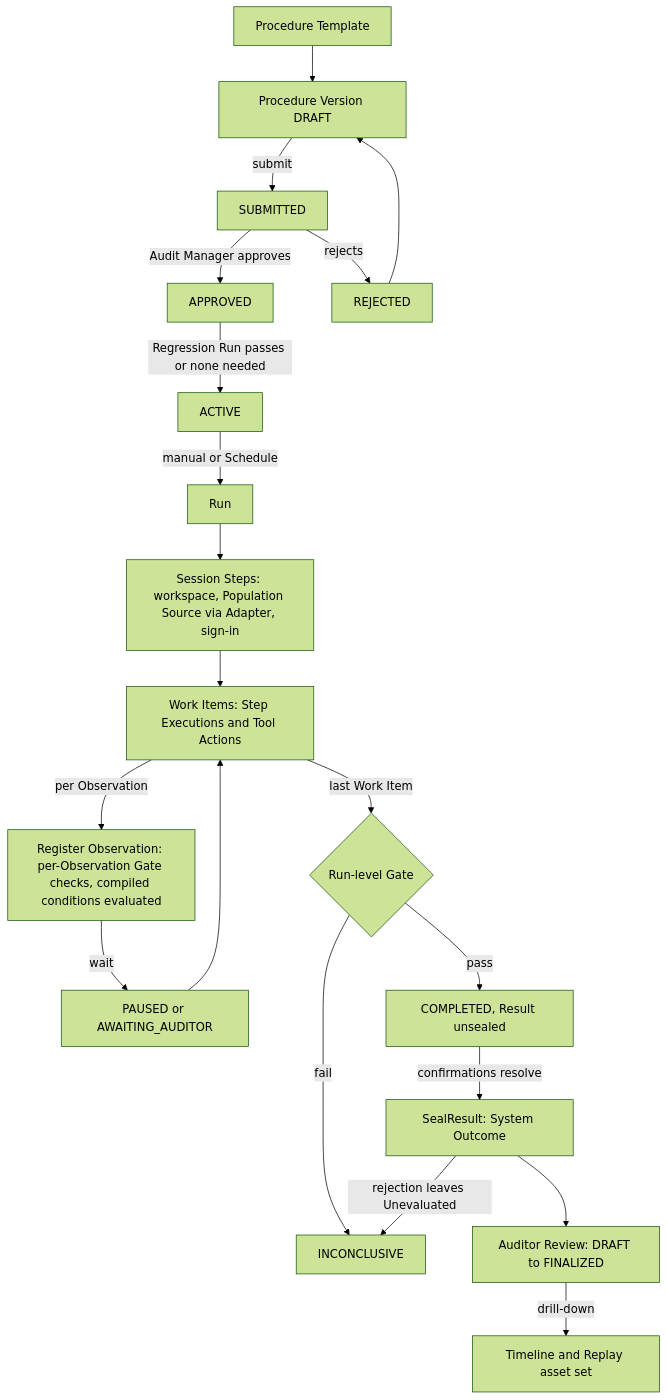
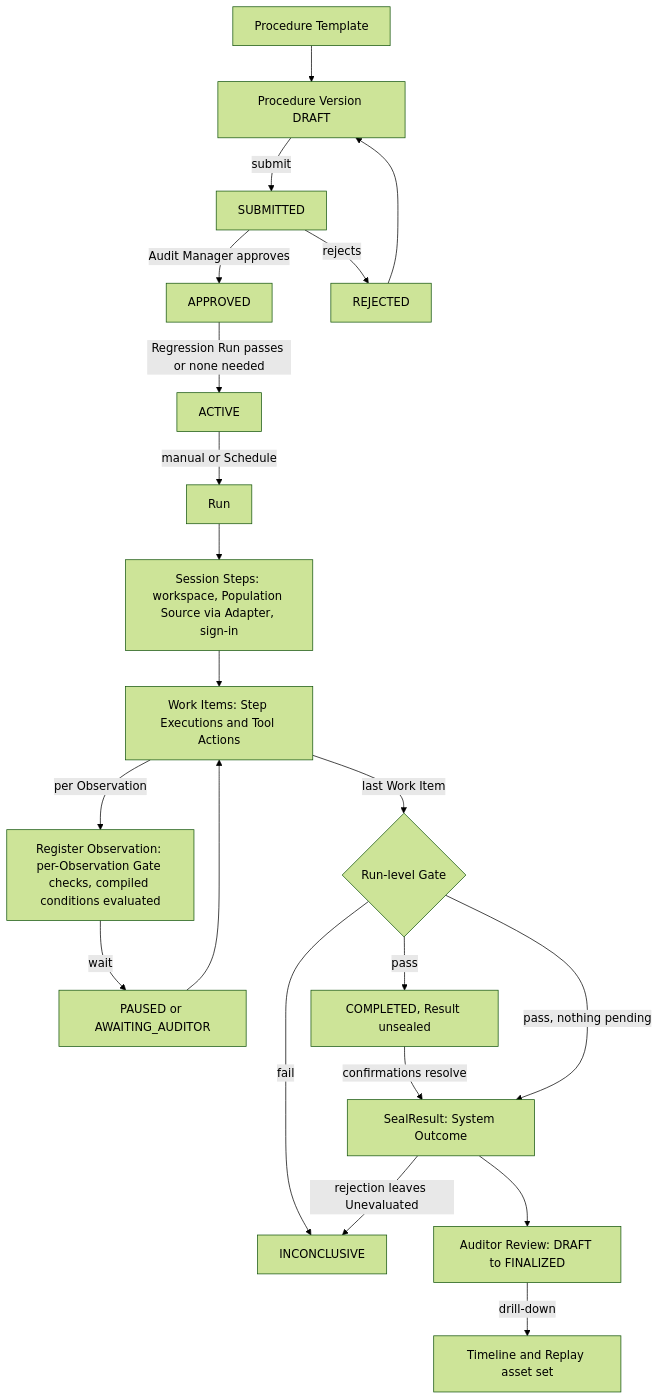
Before and after one commit to raeltec-systems/intellifin-audit: the second of 4 diagrams in _bmad-output/planning-artifacts/architecture/architecture-IntelliFin Audit-2026-09-01/ARCHITECTURE-SPINE.md, drawn with Mermaid (forest theme). The commit also changed other lines of this file and 2 other files, not shown here.

First line of the commit message:
Apply rubric findings to architecture spine revision 2; add reconciliation and technology reviews

````diff
--- a/_bmad-output/planning-artifacts/architecture/architecture-IntelliFin Audit-2026-09-01/ARCHITECTURE-SPINE.md
+++ b/_bmad-output/planning-artifacts/architecture/architecture-IntelliFin Audit-2026-09-01/ARCHITECTURE-SPINE.md
@@ -48,21 +48,22 @@
 ```mermaid
 flowchart TD
   template[Procedure Template] --> draft[Procedure Version DRAFT]
   draft -->|submit| submitted[SUBMITTED]
   submitted -->|Audit Manager approves| approved[APPROVED]
   submitted -->|rejects| rejected[REJECTED] --> draft
   approved -->|Regression Run passes or none needed| active[ACTIVE]
   active -->|manual or Schedule| run[Run]
   run --> session[Session Steps: workspace, Population Source via Adapter, sign-in]
   session --> work[Work Items: Step Executions and Tool Actions]
   work -->|per Observation| register[Register Observation: per-Observation Gate checks, compiled conditions evaluated]
   register -->|wait| human[PAUSED or AWAITING_AUDITOR]
   human --> work
   work -->|last Work Item| gate{Run-level Gate}
   gate -->|fail| inconclusive[INCONCLUSIVE]
   gate -->|pass| completed[COMPLETED, Result unsealed]
   completed -->|confirmations resolve| seal[SealResult: System Outcome]
   seal -->|rejection leaves Unevaluated| inconclusive
+  gate -->|pass, nothing pending| seal
   seal --> review[Auditor Review: DRAFT to FINALIZED]
   review -->|drill-down| replay[Timeline and Replay asset set]
 ```
````
